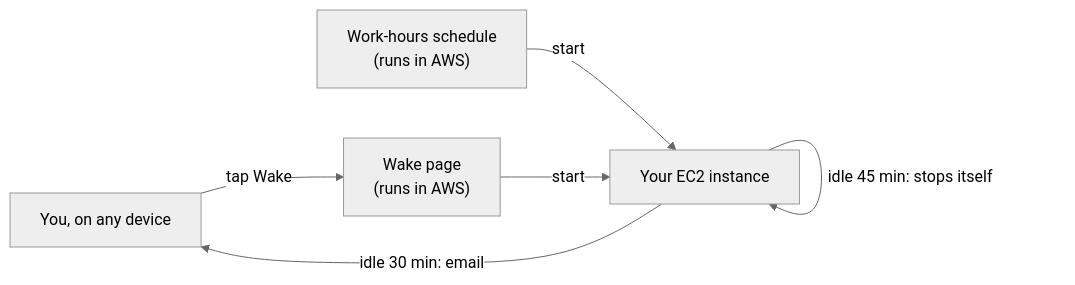
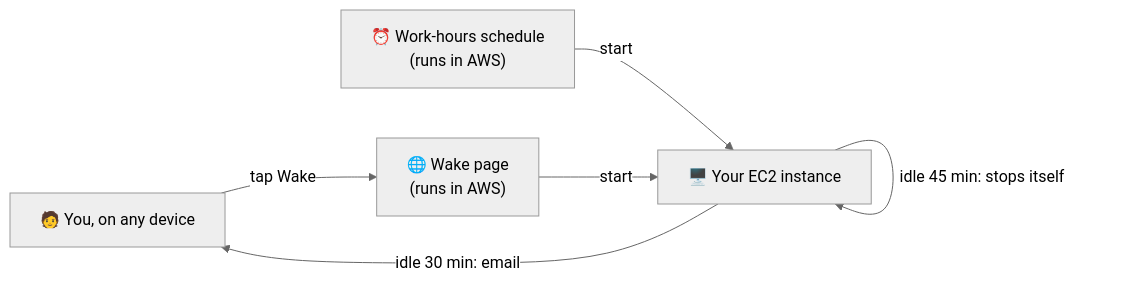
The diagram in README.md (manojvermamv/ec2-idle-stop-wake), drawn with Mermaid (neutral theme) before and after one commit. The commit also changed other lines of this file and 5 other files, not shown here.

````diff
--- a/README.md
+++ b/README.md
@@ -93,8 +93,8 @@
 ```mermaid
 flowchart LR
-    You["You, on any device"] -->|"tap Wake"| Page["Wake page<br/>(runs in AWS)"]
-    Clock["Work-hours schedule<br/>(runs in AWS)"] -->|"start"| EC2
-    Page -->|"start"| EC2["Your EC2 instance"]
+    You["🧑 You, on any device"] -->|"tap Wake"| Page["🌐 Wake page<br/>(runs in AWS)"]
+    Clock["⏰ Work-hours schedule<br/>(runs in AWS)"] -->|"start"| EC2
+    Page -->|"start"| EC2["🖥️ Your EC2 instance"]
     EC2 -->|"idle 30 min: email"| You
     EC2 -->|"idle 45 min: stops itself"| EC2
 ```
````
